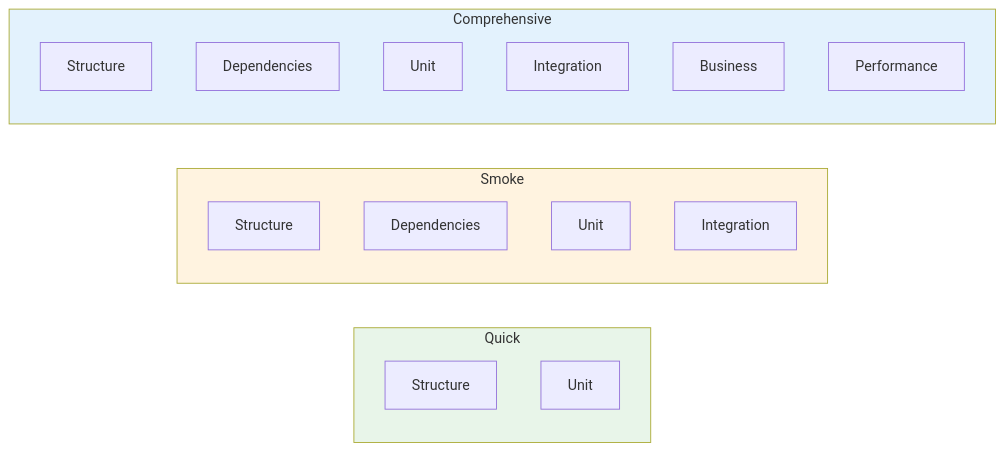
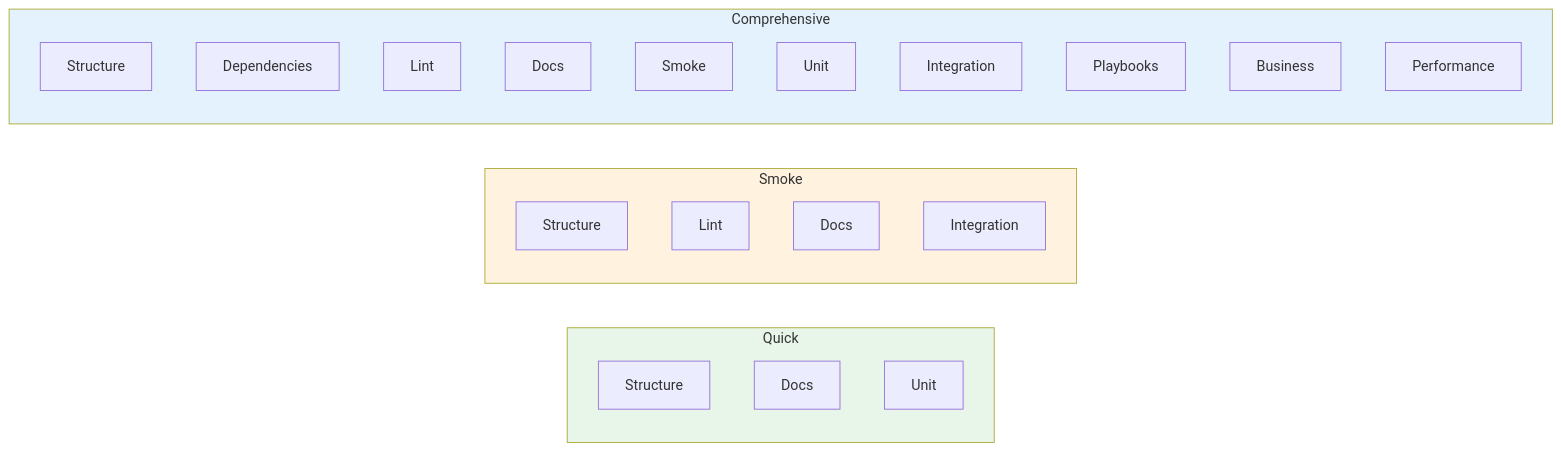
The diagram in scenarios/test-genie/docs/reference/presets.md (Vrooli/Vrooli), drawn with Mermaid before and after one commit. The commit also changed other lines of this file and 66 other files, not shown here.

````diff
--- a/scenarios/test-genie/docs/reference/presets.md
+++ b/scenarios/test-genie/docs/reference/presets.md
@@ -97,27 +102,32 @@
 ```mermaid
 graph LR
     subgraph Quick
         Q1[Structure]
-        Q2[Unit]
+        Q2[Docs]
+        Q3[Unit]
     end
 
     subgraph Smoke
         S1[Structure]
-        S2[Dependencies]
-        S3[Unit]
+        S2[Lint]
+        S3[Docs]
         S4[Integration]
     end
 
     subgraph Comprehensive
         C1[Structure]
         C2[Dependencies]
-        C3[Unit]
-        C4[Integration]
-        C5[Business]
-        C6[Performance]
+        C3[Lint]
+        C4[Docs]
+        C5[Smoke]
+        C6[Unit]
+        C7[Integration]
+        C8[Playbooks]
+        C9[Business]
+        C10[Performance]
     end
 
     style Quick fill:#e8f5e9
     style Smoke fill:#fff3e0
     style Comprehensive fill:#e3f2fd
 ```
````
